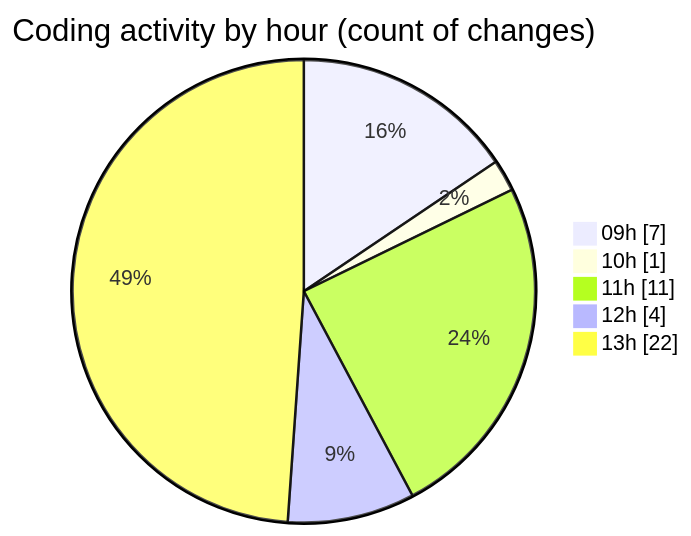
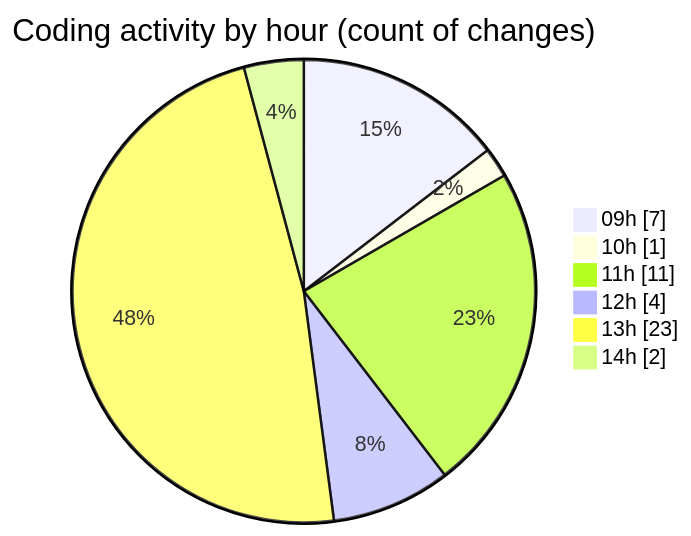
One commit to momahboobian/code-tracking changed the second of 2 diagrams in 2026-04-22/cda/README.md. Above: the diagram before and after it, drawn with Mermaid. The commit also changed other lines of this file and 1 other file, not shown here.

````diff
--- a/2026-04-22/cda/README.md
+++ b/2026-04-22/cda/README.md
@@ -38,9 +38,10 @@
 ```mermaid
 pie showData
 title Coding activity by hour (count of changes)
 "09h" : 7
 "10h" : 1
 "11h" : 11
 "12h" : 4
-"13h" : 22
+"13h" : 23
+"14h" : 2
 ```
````
